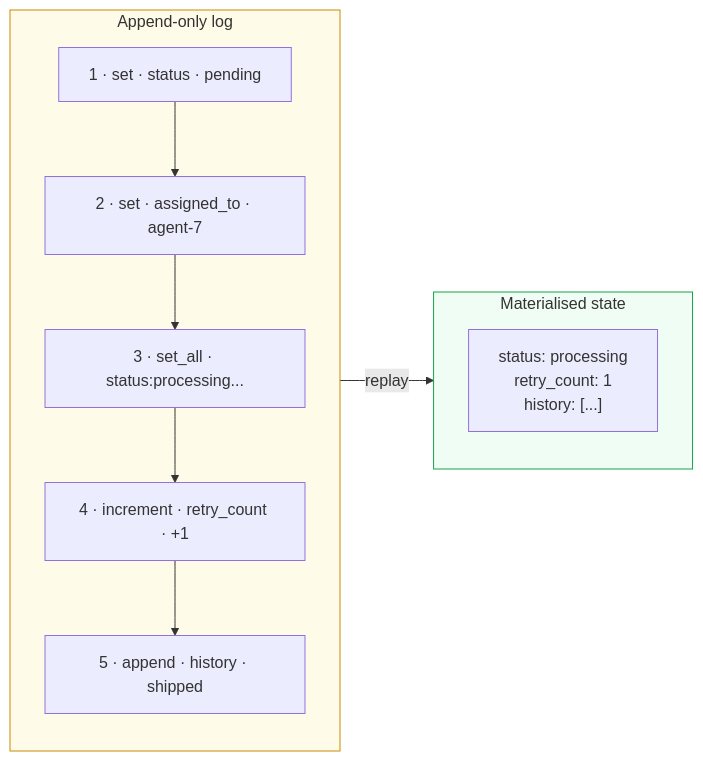
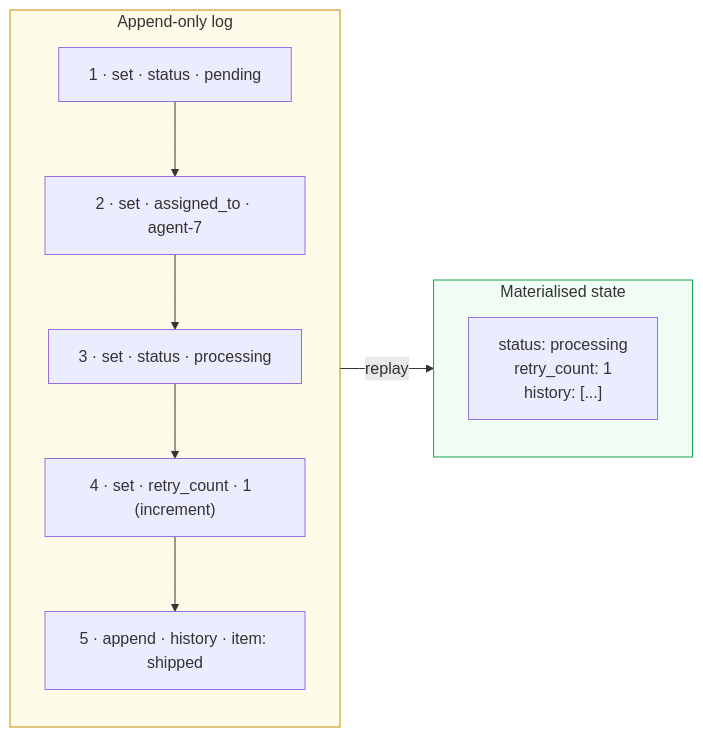
One commit to sahilpohare/pingerchips-docs changed the first of 4 diagrams in docs/durable-objects/reference/concepts.md. Above: the diagram before and after it, drawn with Mermaid. The commit also changed other lines of this file and 12 other files, not shown here.

````diff
--- a/docs/durable-objects/reference/concepts.md
+++ b/docs/durable-objects/reference/concepts.md
@@ -28,19 +28,19 @@
 ```mermaid
 graph LR
     subgraph Log ["Append-only log"]
         direction TB
         E1["1 · set · status · pending"]
         E2["2 · set · assigned_to · agent-7"]
-        E3["3 · set_all · status:processing..."]
-        E4["4 · increment · retry_count · +1"]
-        E5["5 · append · history · shipped"]
+        E3["3 · set · status · processing"]
+        E4["4 · set · retry_count · 1  (increment)"]
+        E5["5 · append · history · item: shipped"]
         E1 --> E2 --> E3 --> E4 --> E5
     end
     subgraph State ["Materialised state"]
         S["status: processing\nretry_count: 1\nhistory: [...]"]
     end
     Log -->|replay| State
 
     style Log fill:#fefce8,stroke:#ca8a04
     style State fill:#f0fdf4,stroke:#16a34a
 ```
````
